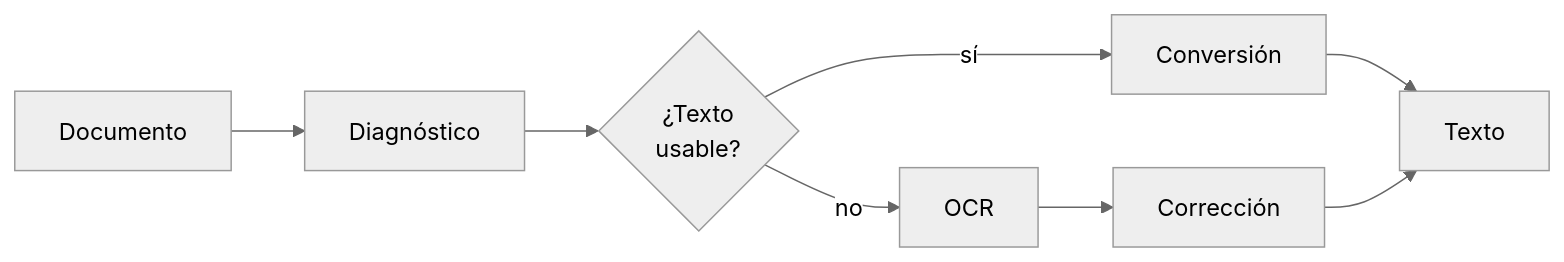
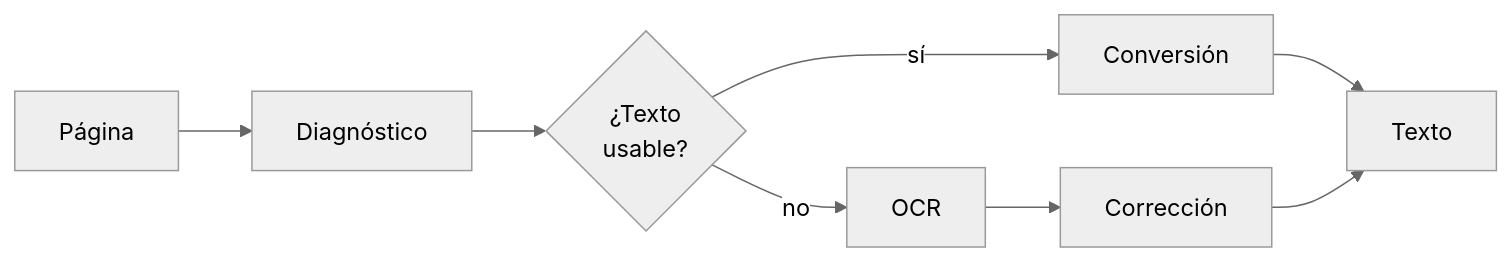
One commit to mariogarcia-ar/docflow changed the first of 5 diagrams in readme-min.md. Above: the diagram before and after it, drawn with Mermaid (neutral theme). The commit also changed other lines of this file, not shown here.

Commit message:
Refactor README.md to clarify document processing flows and components, enhancing descriptions of the Segmentador and its role in logical document grouping.

````diff
--- a/readme-min.md
+++ b/readme-min.md
@@ -33,8 +51,8 @@
 ```mermaid
 graph LR
-    A["Documento"] --> B["Diagnóstico"] --> C{"¿Texto<br/>usable?"}
+    A["Página"] --> B["Diagnóstico"] --> C{"¿Texto<br/>usable?"}
     C -->|"sí"| D["Conversión"]
     C -->|"no"| E["OCR"] --> F["Corrección"]
     D --> G["Texto"]
     F --> G
 ```
````
